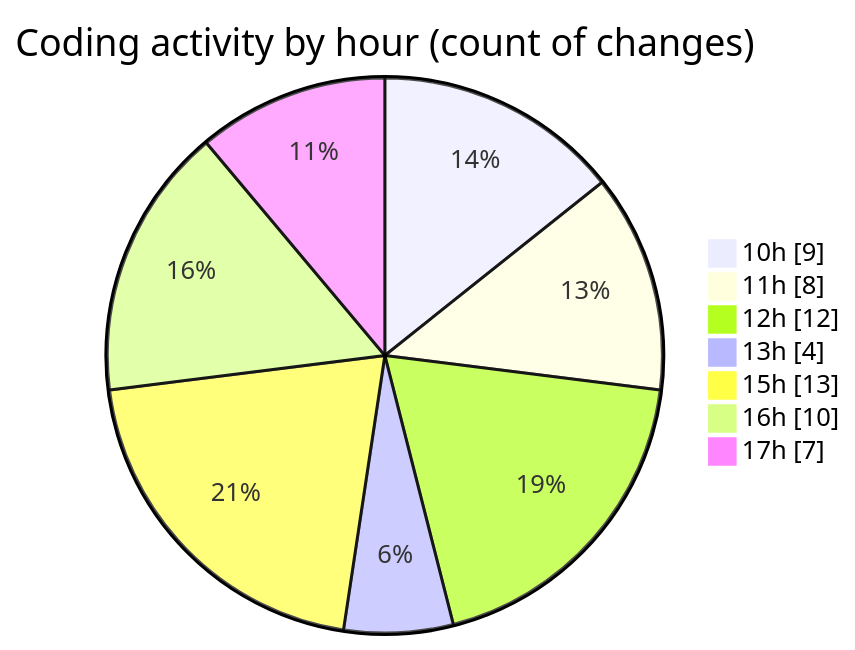
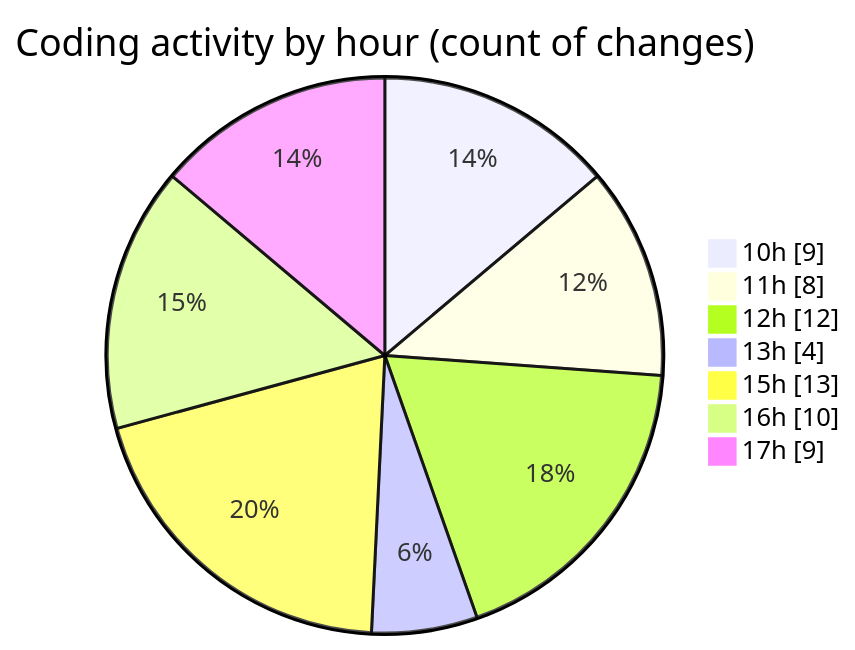
Before and after one commit to nxtqubesakshisongat/code-tracking: the second of 2 diagrams in 2026-04-16/airfeed-analytics-dashboard/README.md, drawn with Mermaid. The commit also changed other lines of this file and 1 other file, not shown here.

````diff
--- a/2026-04-16/airfeed-analytics-dashboard/README.md
+++ b/2026-04-16/airfeed-analytics-dashboard/README.md
@@ -41,11 +41,11 @@
 ```mermaid
 pie showData
 title Coding activity by hour (count of changes)
 "10h" : 9
 "11h" : 8
 "12h" : 12
 "13h" : 4
 "15h" : 13
 "16h" : 10
-"17h" : 7
+"17h" : 9
 ```
````
